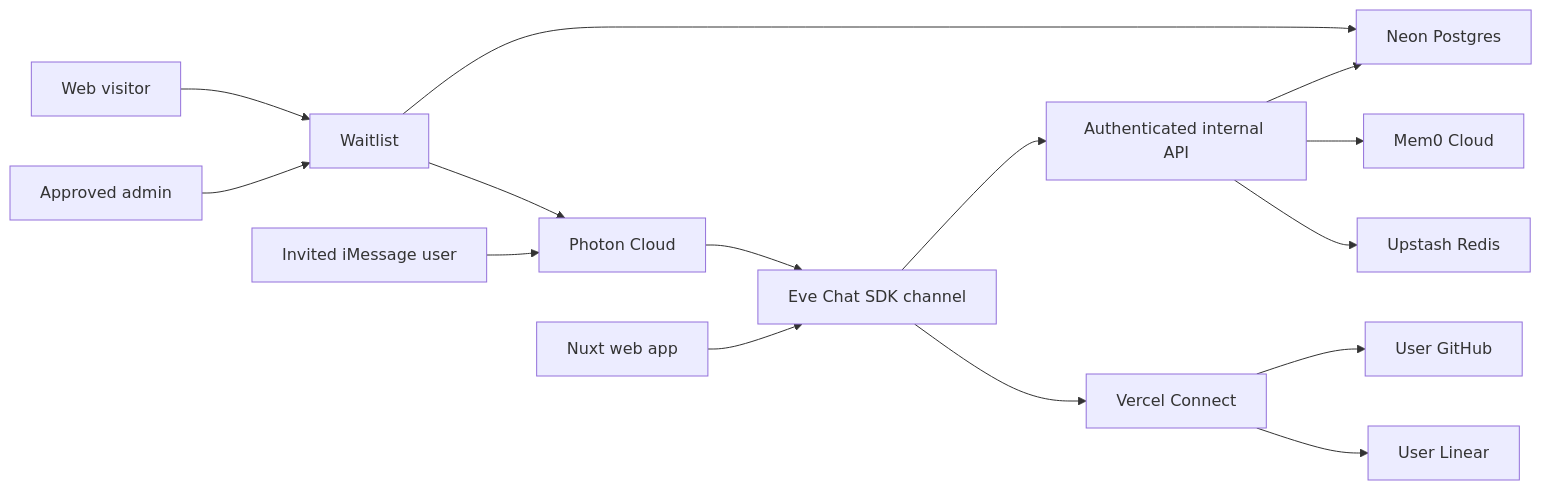
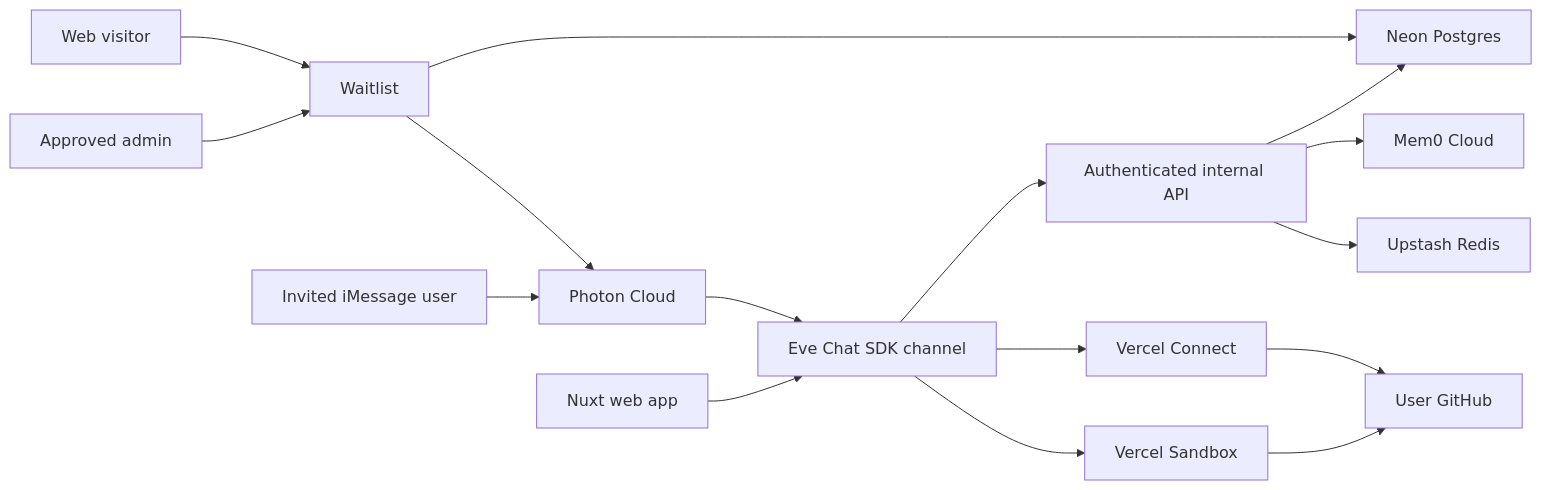
One commit to Montekkundan/use-memory changed the diagram in docs/ARCHITECTURE.md. Above: the diagram before and after it, drawn with Mermaid. The commit also changed other lines of this file and 63 other files, not shown here.

````diff
--- a/docs/ARCHITECTURE.md
+++ b/docs/ARCHITECTURE.md
@@ -5,17 +5,18 @@
 ```mermaid
 flowchart LR
   visitor["Web visitor"] --> waitlist["Waitlist"]
   waitlist --> neon
   admin["Approved admin"] --> waitlist
   waitlist --> photon["Photon Cloud"]
   phone["Invited iMessage user"] --> photon
   photon --> eve["Eve Chat SDK channel"]
   web["Nuxt web app"] --> eve
   eve --> internal["Authenticated internal API"]
   internal --> neon["Neon Postgres"]
   internal --> mem0["Mem0 Cloud"]
   internal --> redis["Upstash Redis"]
   eve --> connect["Vercel Connect"]
   connect --> github["User GitHub"]
-  connect --> linear["User Linear"]
+  eve --> sandbox["Vercel Sandbox"]
+  sandbox --> github
 ```
````
